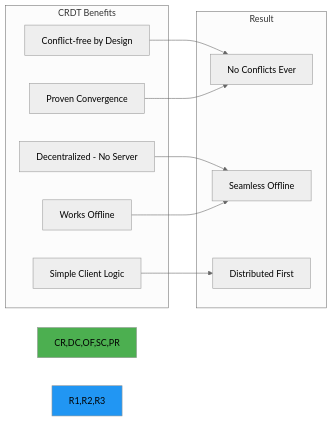
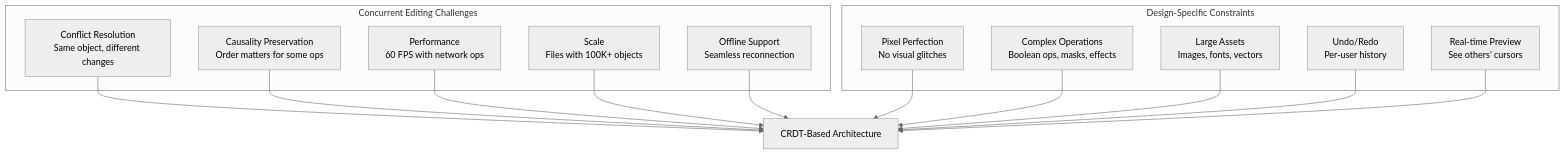
The first of 7 diagrams in docs/case-studies/elite-engineering/figma-crdt-collaboration.md (deepaucksharma/DStudio), drawn with Mermaid (neutral theme) before and after one commit. The commit also changed other lines of this file and 23 other files, not shown here.

````diff
--- a/docs/case-studies/elite-engineering/figma-crdt-collaboration.md
+++ b/docs/case-studies/elite-engineering/figma-crdt-collaboration.md
@@ -76,25 +26,30 @@
 ```mermaid
-graph LR
-    subgraph "CRDT Benefits"
-        CR[Conflict-free by Design]
-        DC[Decentralized - No Server]
-        OF[Works Offline]
-        SC[Simple Client Logic]
-        PR[Proven Convergence]
+graph TD
+    subgraph "Concurrent Editing Challenges"
+        C1[Conflict Resolution<br/>Same object, different changes]
+        C2[Causality Preservation<br/>Order matters for some ops]
+        C3[Performance<br/>60 FPS with network ops]
+        C4[Scale<br/>Files with 100K+ objects]
+        C5[Offline Support<br/>Seamless reconnection]
     end
     
-    subgraph "Result"
-        R1[No Conflicts Ever]
-        R2[Seamless Offline]
-        R3[Distributed First]
+    subgraph "Design-Specific Constraints"
+        D1[Pixel Perfection<br/>No visual glitches]
+        D2[Complex Operations<br/>Boolean ops, masks, effects]
+        D3[Large Assets<br/>Images, fonts, vectors]
+        D4[Undo/Redo<br/>Per-user history]
+        D5[Real-time Preview<br/>See others' cursors]
     end
     
-    CR --> R1
-    DC --> R2
-    OF --> R2
-    SC --> R3
-    PR --> R1
+    C1 --> Solution[CRDT-Based Architecture]
+    C2 --> Solution
+    C3 --> Solution
+    C4 --> Solution
+    C5 --> Solution
     
-    style CR,DC,OF,SC,PR fill:#4CAF50
-    style R1,R2,R3 fill:#2196F3
+    D1 --> Solution
+    D2 --> Solution
+    D3 --> Solution
+    D4 --> Solution
+    D5 --> Solution
 ```
````
